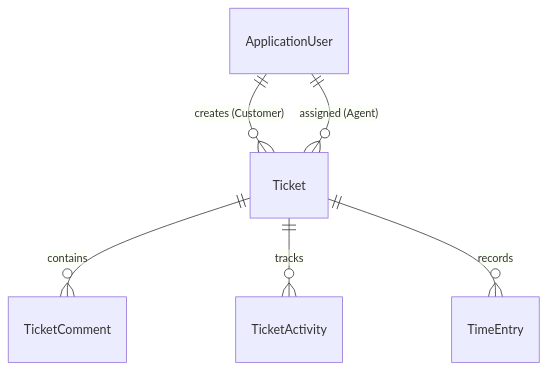
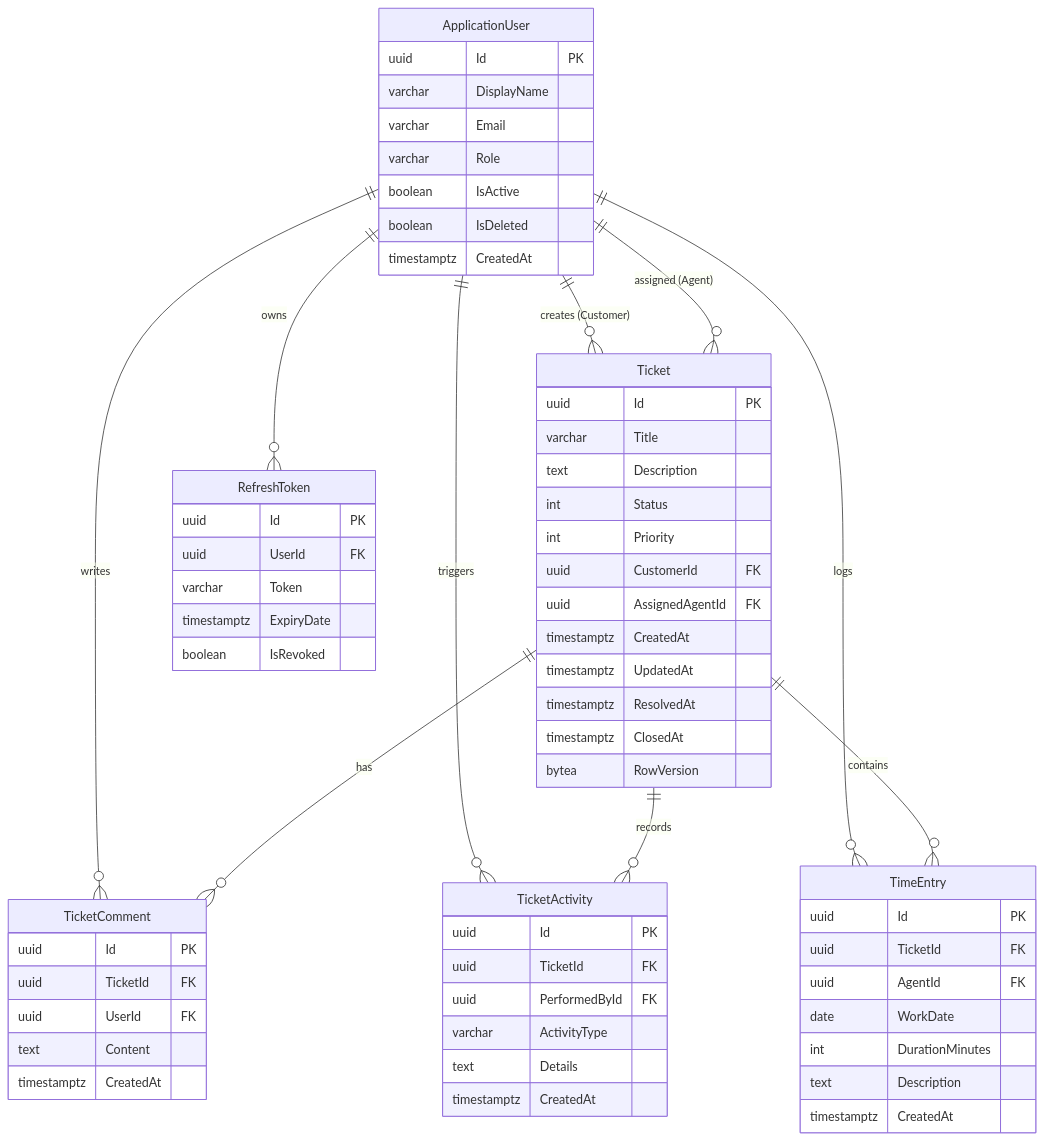
The fourth of 6 diagrams in README.md (Ibrahim-Hassan74/TicketFlow), drawn with Mermaid before and after one commit. The commit also changed other lines of this file and 2 other files, not shown here.

````diff
--- a/README.md
+++ b/README.md
@@ -83,8 +245,73 @@
 ```mermaid
 erDiagram
     ApplicationUser ||--o{ Ticket : "creates (Customer)"
     ApplicationUser ||--o{ Ticket : "assigned (Agent)"
-    Ticket ||--o{ TicketComment : "contains"
-    Ticket ||--o{ TicketActivity : "tracks"
-    Ticket ||--o{ TimeEntry : "records"
+    ApplicationUser ||--o{ TicketComment : "writes"
+    ApplicationUser ||--o{ TicketActivity : "triggers"
+    ApplicationUser ||--o{ TimeEntry : "logs"
+    ApplicationUser ||--o{ RefreshToken : "owns"
+
+    Ticket ||--o{ TicketComment : "has"
+    Ticket ||--o{ TicketActivity : "records"
+    Ticket ||--o{ TimeEntry : "contains"
+
+    Ticket {
+        uuid Id PK
+        varchar Title
+        text Description
+        int Status
+        int Priority
+        uuid CustomerId FK
+        uuid AssignedAgentId FK
+        timestamptz CreatedAt
+        timestamptz UpdatedAt
+        timestamptz ResolvedAt
+        timestamptz ClosedAt
+        bytea RowVersion
+    }
+
+    TicketComment {
+        uuid Id PK
+        uuid TicketId FK
+        uuid UserId FK
+        text Content
+        timestamptz CreatedAt
+    }
+
+    TicketActivity {
+        uuid Id PK
+        uuid TicketId FK
+        uuid PerformedById FK
+        varchar ActivityType
+        text Details
+        timestamptz CreatedAt
+    }
+
+    TimeEntry {
+        uuid Id PK
+        uuid TicketId FK
+        uuid AgentId FK
+        date WorkDate
+        int DurationMinutes
+        text Description
+        timestamptz CreatedAt
+    }
+
+    ApplicationUser {
+        uuid Id PK
+        varchar DisplayName
+        varchar Email
+        varchar Role
+        boolean IsActive
+        boolean IsDeleted
+        timestamptz CreatedAt
+    }
+
+    RefreshToken {
+        uuid Id PK
+        uuid UserId FK
+        varchar Token
+        timestamptz ExpiryDate
+        boolean IsRevoked
+    }
 ```
````
